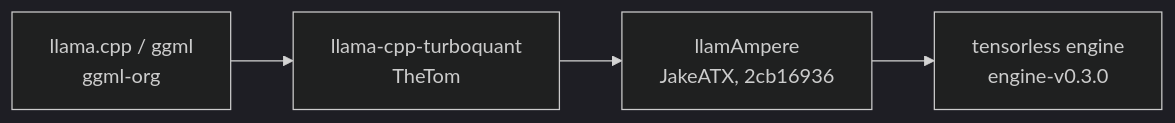
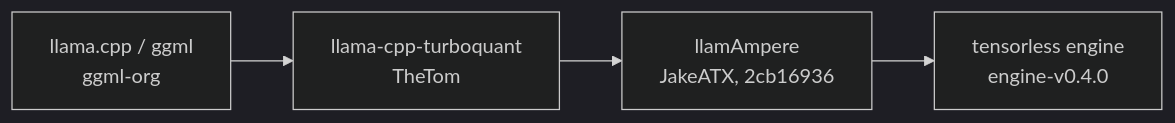
The diagram in site/src/content/docs/docs/explanation/the-engine.md (iammrduncan/tensorless), drawn with Mermaid (dark theme) before and after one commit. The commit also changed other lines of this file and 41 other files, not shown here.

````diff
--- a/site/src/content/docs/docs/explanation/the-engine.md
+++ b/site/src/content/docs/docs/explanation/the-engine.md
@@ -13,6 +13,6 @@
 ```mermaid
 flowchart LR
     A["llama.cpp / ggml<br/>ggml-org"] --> B["llama-cpp-turboquant<br/>TheTom"]
     B --> C["llamAmpere<br/>JakeATX, 2cb16936"]
-    C --> D["tensorless engine<br/>engine-v0.3.0"]
+    C --> D["tensorless engine<br/>engine-v0.4.0"]
 ```
````
